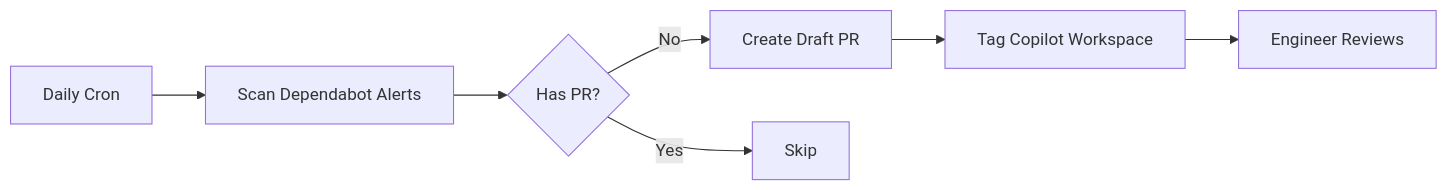
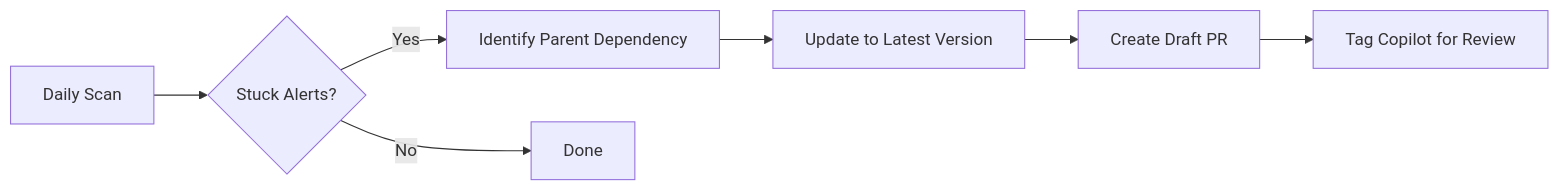
The diagram in README.md (engseclabs/dependabot-wolf), drawn with Mermaid before and after one commit. The commit also changed other lines of this file and 1 other file, not shown here.

First line of the commit message:
Rewrite README for clarity and remove ARCHITECTURE.md

````diff
--- a/README.md
+++ b/README.md
@@ -28,9 +101,9 @@
 ```mermaid
 graph LR
-    A[Daily Cron] --> B[Scan Dependabot Alerts]
-    B --> C{Has PR?}
-    C -->|No| D[Create Draft PR]
-    C -->|Yes| E[Skip]
-    D --> F[Tag Copilot Workspace]
-    F --> G[Engineer Reviews]
+    A[Daily Scan] --> B{Stuck Alerts?}
+    B -->|Yes| C[Identify Parent Dependency]
+    C --> D[Update to Latest Version]
+    D --> E[Create Draft PR]
+    E --> F[Tag Copilot for Review]
+    B -->|No| G[Done]
 ```
````
